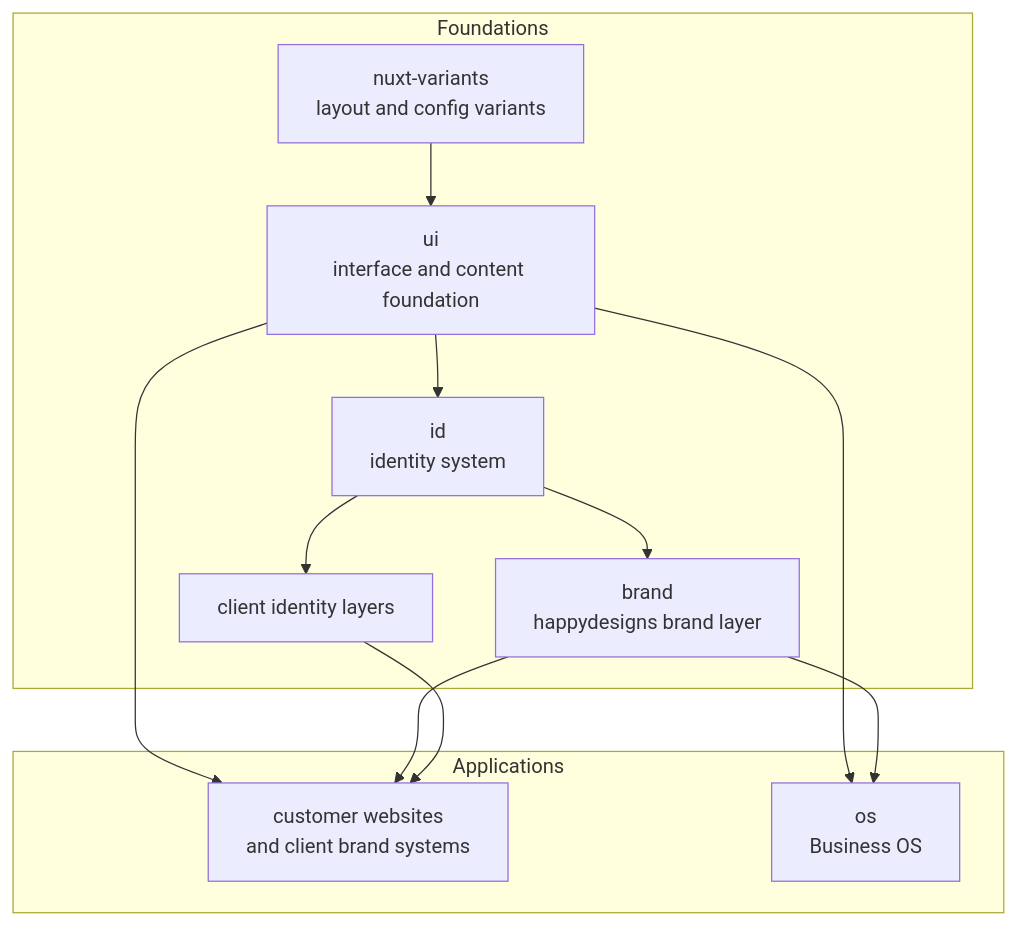
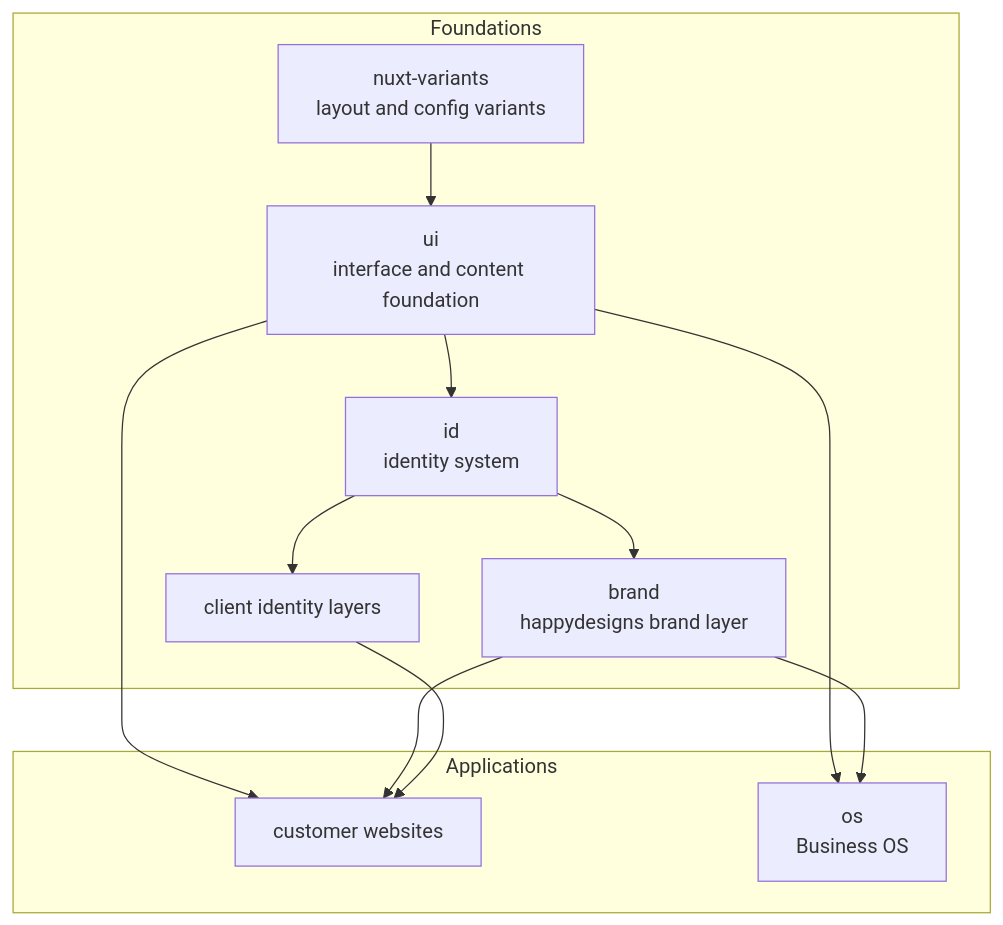
The diagram in content/en/1.start/1.operating-model.md (happydesigns/docs), drawn with Mermaid before and after one commit. The commit also changed other lines of this file, not shown here.

Commit message:
docs: clarify brand systems in operating model

````diff
--- a/content/en/1.start/1.operating-model.md
+++ b/content/en/1.start/1.operating-model.md
@@ -29,20 +29,20 @@
 ```mermaid
 flowchart TD
   subgraph Foundations["Foundations"]
     Variants["nuxt-variants<br/>layout and config variants"] --> UI["ui<br/>interface and content foundation"]
     UI --> ID["id<br/>identity system"]
     ID --> Brand["brand<br/>happydesigns brand layer"]
     ID --> ClientIdentity["client identity layers"]
   end
 
   subgraph Applications["Applications"]
-    Sites["customer websites<br/>and client brand systems"]
+    Sites["customer websites"]
     OS["os<br/>Business OS"]
   end
 
   UI --> Sites
   UI --> OS
   Brand --> Sites
   Brand --> OS
   ClientIdentity --> Sites
 ```
````
